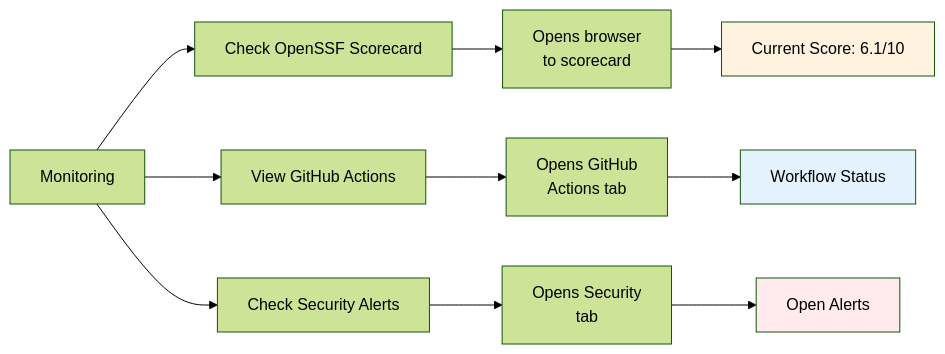
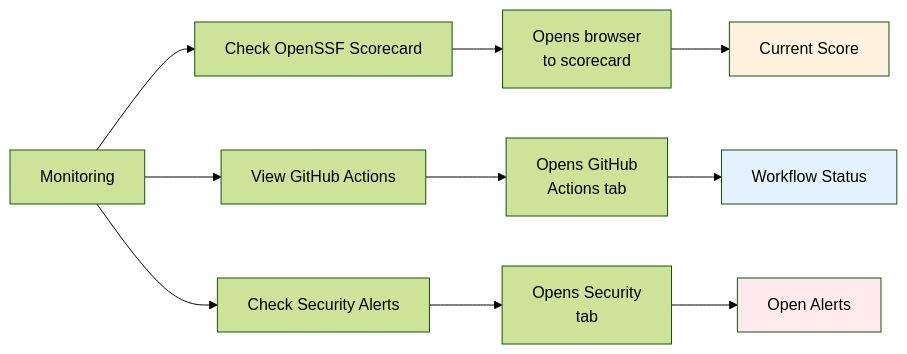
One commit to malpanez/ansible-devcontainer-vscode changed the fifth of 8 diagrams in docs/VSCODE_WORKFLOW.md. Above: the diagram before and after it, drawn with Mermaid (forest theme). The commit also changed other lines of this file and 26 other files, not shown here.

````diff
--- a/docs/VSCODE_WORKFLOW.md
+++ b/docs/VSCODE_WORKFLOW.md
@@ -178,18 +170,18 @@
 ```mermaid
 graph LR
     A[Monitoring] --> B[Check OpenSSF Scorecard]
     A --> C[View GitHub Actions]
     A --> D[Check Security Alerts]
 
     B --> E[Opens browser<br/>to scorecard]
     C --> F[Opens GitHub<br/>Actions tab]
     D --> G[Opens Security<br/>tab]
 
-    E --> H[Current Score: 6.1/10]
+    E --> H[Current Score]
     F --> I[Workflow Status]
     G --> J[Open Alerts]
 
     style H fill:#fff3e0
     style I fill:#e3f2fd
     style J fill:#ffebee
 ```
````
